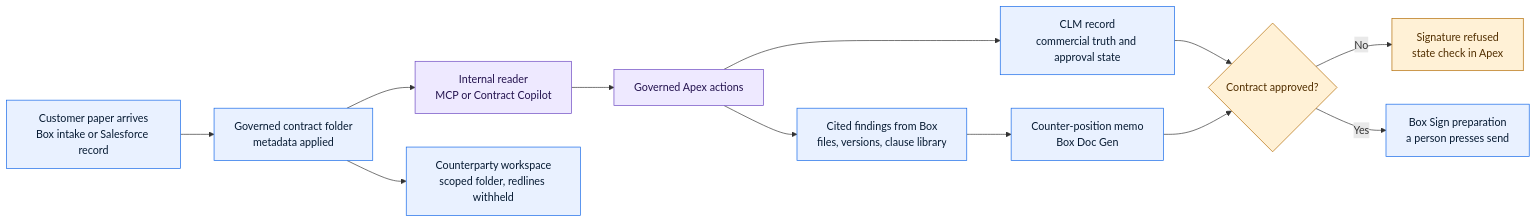
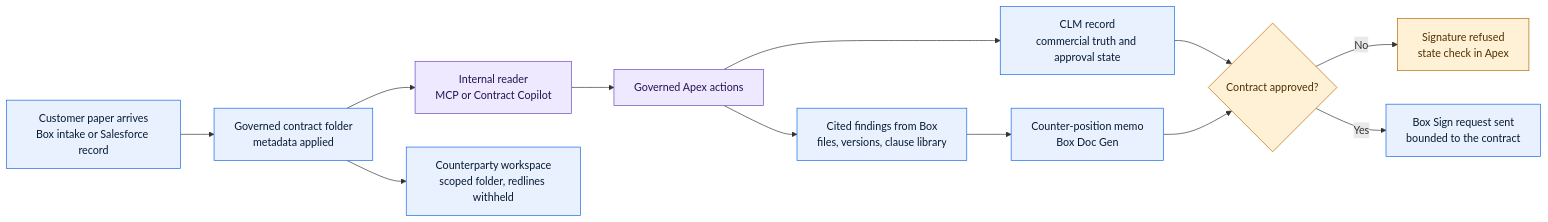
Before and after one commit to unofficialbox/box-bedrock-for-clm: the diagram in docs/diagrams/box-salesforce-clm-flow.mmd, drawn with Mermaid. The commit also changed 12 other files, not shown here.

```diff
--- a/docs/diagrams/box-salesforce-clm-flow.mmd
+++ b/docs/diagrams/box-salesforce-clm-flow.mmd
@@ -1,19 +1,19 @@
 flowchart LR
     Event["Customer paper arrives<br/>Box intake or Salesforce record"] --> Folder["Governed contract folder<br/>metadata applied"]
     Folder --> Internal["Internal reader<br/>MCP or Contract Copilot"]
     Internal --> Actions["Governed Apex actions"]
     Actions --> Evidence["Cited findings from Box<br/>files, versions, clause library"]
     Actions --> Record["CLM record<br/>commercial truth and approval state"]
     Evidence --> Memo["Counter-position memo<br/>Box Doc Gen"]
     Record --> Gate{"Contract approved?"}
     Memo --> Gate
     Gate -- "No" --> Block["Signature refused<br/>state check in Apex"]
-    Gate -- "Yes" --> Prepare["Box Sign preparation<br/>a person presses send"]
+    Gate -- "Yes" --> Prepare["Box Sign request sent<br/>bounded to the contract"]
     Folder --> Counterparty["Counterparty workspace<br/>scoped folder, redlines withheld"]
 
     classDef agent fill:#eee9ff,stroke:#6b46c1,color:#24134f
     classDef system fill:#e9f1ff,stroke:#1166e8,color:#071b33
     classDef human fill:#fff1d6,stroke:#b16a00,color:#522f00
     class Internal,Actions agent
     class Event,Folder,Evidence,Record,Memo,Prepare,Counterparty system
     class Gate,Block human
```
